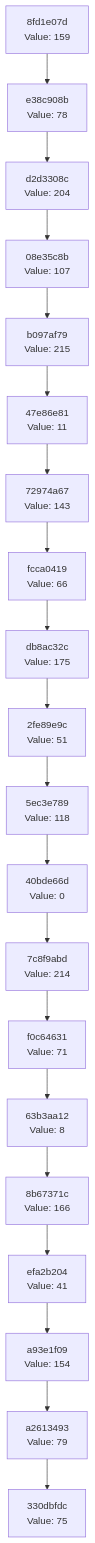
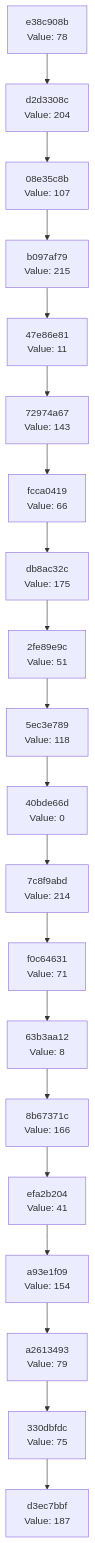
The diagram in docs/CHAIN_VISUALIZATION.md (Abhisheksinha1506/hash-chain-evolver), drawn with Mermaid before and after one commit. The commit also changed 1 other file, not shown here.

Commit message:
Evolution Step

````diff
--- a/docs/CHAIN_VISUALIZATION.md
+++ b/docs/CHAIN_VISUALIZATION.md
@@ -3,42 +3,42 @@
 ```mermaid
 graph TD
-    C0["330dbfdc<br/>Value: 75"]
-    C1["a2613493<br/>Value: 79"]
+    C0["d3ec7bbf<br/>Value: 187"]
+    C1["330dbfdc<br/>Value: 75"]
     C1 --> C0
-    C2["a93e1f09<br/>Value: 154"]
+    C2["a2613493<br/>Value: 79"]
     C2 --> C1
-    C3["efa2b204<br/>Value: 41"]
+    C3["a93e1f09<br/>Value: 154"]
     C3 --> C2
-    C4["8b67371c<br/>Value: 166"]
+    C4["efa2b204<br/>Value: 41"]
     C4 --> C3
-    C5["63b3aa12<br/>Value: 8"]
+    C5["8b67371c<br/>Value: 166"]
     C5 --> C4
-    C6["f0c64631<br/>Value: 71"]
+    C6["63b3aa12<br/>Value: 8"]
     C6 --> C5
-    C7["7c8f9abd<br/>Value: 214"]
+    C7["f0c64631<br/>Value: 71"]
     C7 --> C6
-    C8["40bde66d<br/>Value: 0"]
+    C8["7c8f9abd<br/>Value: 214"]
     C8 --> C7
-    C9["5ec3e789<br/>Value: 118"]
+    C9["40bde66d<br/>Value: 0"]
     C9 --> C8
-    C10["2fe89e9c<br/>Value: 51"]
+    C10["5ec3e789<br/>Value: 118"]
     C10 --> C9
-    C11["db8ac32c<br/>Value: 175"]
+    C11["2fe89e9c<br/>Value: 51"]
     C11 --> C10
-    C12["fcca0419<br/>Value: 66"]
+    C12["db8ac32c<br/>Value: 175"]
     C12 --> C11
-    C13["72974a67<br/>Value: 143"]
+    C13["fcca0419<br/>Value: 66"]
     C13 --> C12
-    C14["47e86e81<br/>Value: 11"]
+    C14["72974a67<br/>Value: 143"]
     C14 --> C13
-    C15["b097af79<br/>Value: 215"]
+    C15["47e86e81<br/>Value: 11"]
     C15 --> C14
-    C16["08e35c8b<br/>Value: 107"]
+    C16["b097af79<br/>Value: 215"]
     C16 --> C15
-    C17["d2d3308c<br/>Value: 204"]
+    C17["08e35c8b<br/>Value: 107"]
     C17 --> C16
-    C18["e38c908b<br/>Value: 78"]
+    C18["d2d3308c<br/>Value: 204"]
     C18 --> C17
-    C19["8fd1e07d<br/>Value: 159"]
+    C19["e38c908b<br/>Value: 78"]
     C19 --> C18
 ```
````
